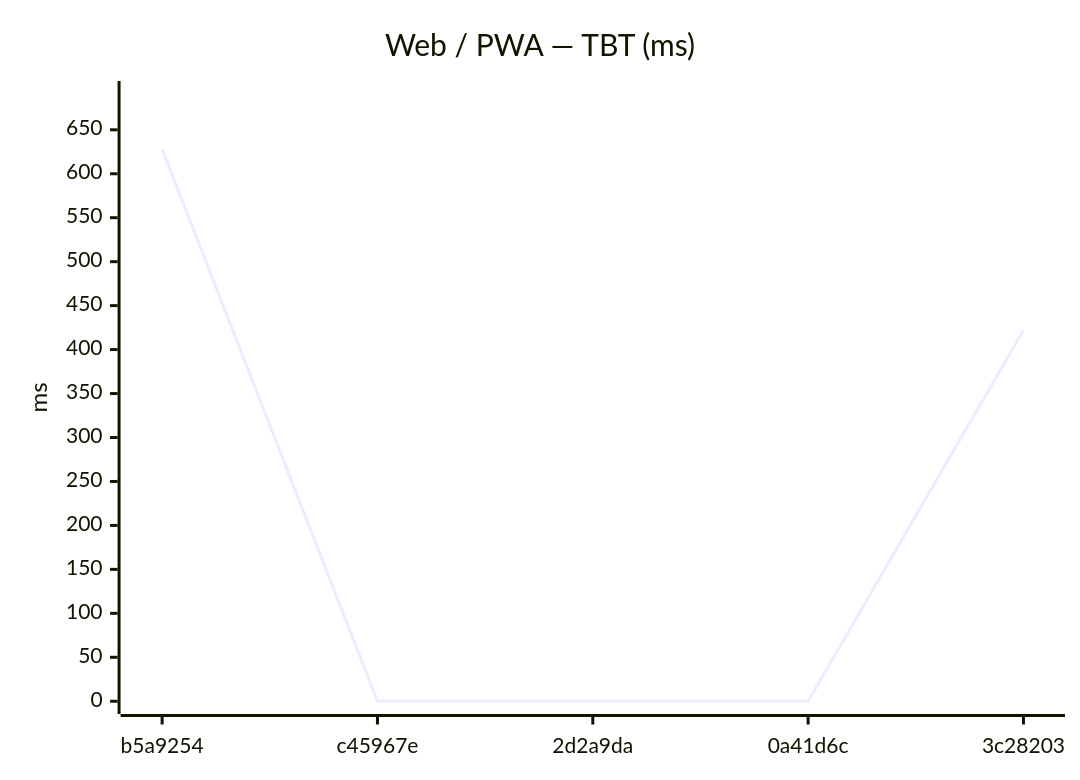
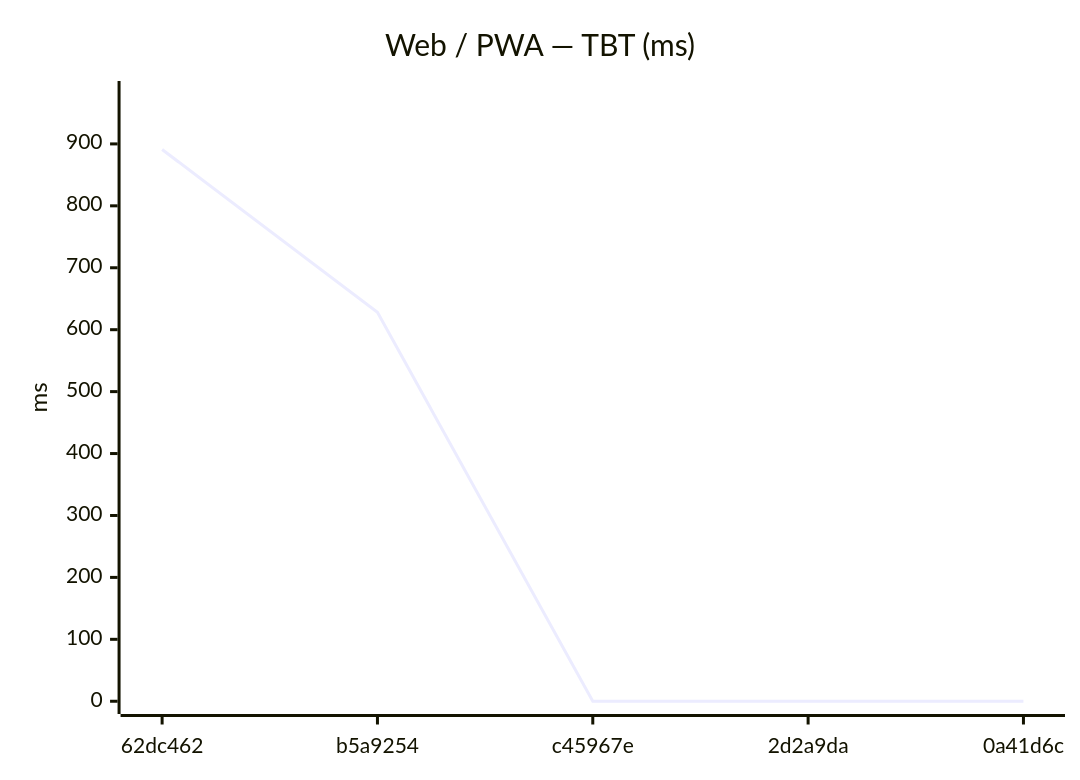
One commit to Metaheurist/Rianell changed the eighth of 18 diagrams in benchmarks/compare.md. Above: the diagram before and after it, drawn with Mermaid. The commit also changed other lines of this file and 11 other files, not shown here.

````diff
--- a/benchmarks/compare.md
+++ b/benchmarks/compare.md
@@ -124,7 +124,7 @@
 ```mermaid
 xychart-beta
     title "Web / PWA — TBT (ms)"
-    x-axis ["b5a9254", "c45967e", "2d2a9da", "0a41d6c", "3c28203"]
-    y-axis "ms" 0 --> 691
-    line [628, 0, 0, 0, 422]
+    x-axis ["62dc462", "b5a9254", "c45967e", "2d2a9da", "0a41d6c"]
+    y-axis "ms" 0 --> 981
+    line [891, 628, 0, 0, 0]
 ```
````
